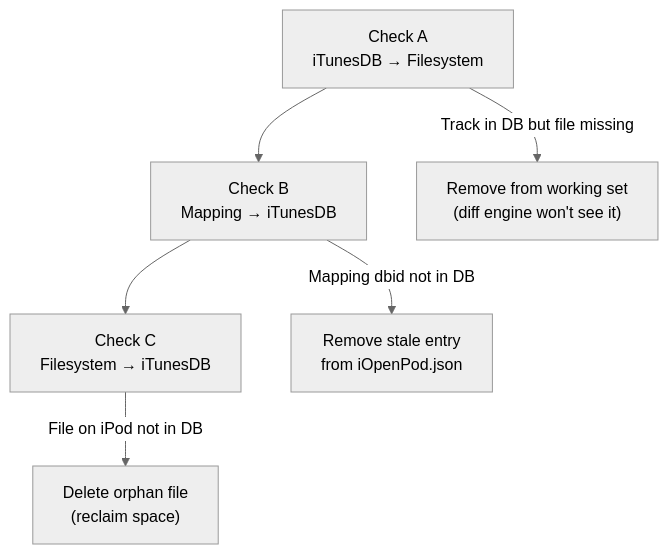
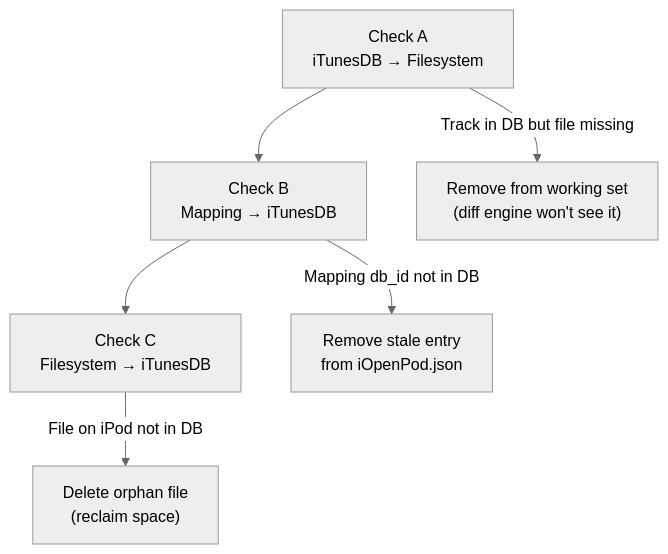
The third of 9 diagrams in docs/SYNC.md (TheRealSavi/iOpenPod), drawn with Mermaid (neutral theme) before and after one commit. The commit also changed other lines of this file and 31 other files, not shown here.

````diff
--- a/docs/SYNC.md
+++ b/docs/SYNC.md
@@ -101,9 +101,9 @@
 ```mermaid
 flowchart TD
     A["Check A\niTunesDB → Filesystem"] --> B["Check B\nMapping → iTunesDB"]
     B --> C["Check C\nFilesystem → iTunesDB"]
 
     A -- "Track in DB but file missing" --> A_FIX["Remove from working set\n(diff engine won't see it)"]
-    B -- "Mapping dbid not in DB" --> B_FIX["Remove stale entry\nfrom iOpenPod.json"]
+    B -- "Mapping db_id not in DB" --> B_FIX["Remove stale entry\nfrom iOpenPod.json"]
     C -- "File on iPod not in DB" --> C_FIX["Delete orphan file\n(reclaim space)"]
 ```
````
